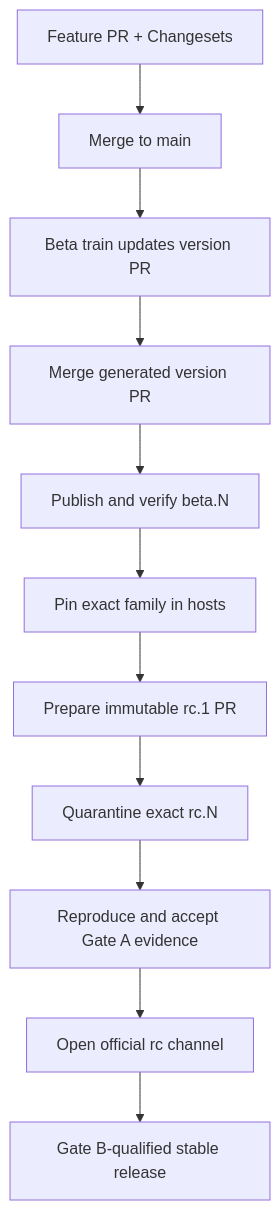
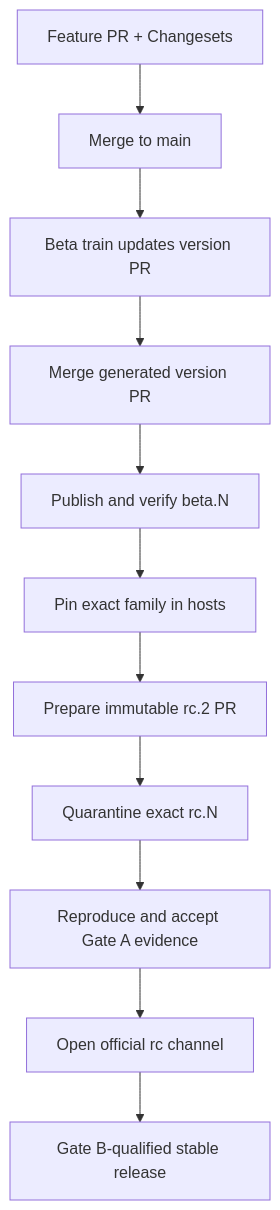
The diagram in CONTRIBUTING.md (kumwe/studio), drawn with Mermaid before and after one commit. The commit also changed other lines of this file and 17 other files, not shown here.

````diff
--- a/CONTRIBUTING.md
+++ b/CONTRIBUTING.md
@@ -110,13 +111,13 @@
 ```mermaid
 flowchart TD
     A["Feature PR + Changesets"] --> B["Merge to main"]
     B --> C["Beta train updates version PR"]
     C --> D["Merge generated version PR"]
     D --> E["Publish and verify beta.N"]
     E --> F["Pin exact family in hosts"]
-    F --> G["Prepare immutable rc.1 PR"]
+    F --> G["Prepare immutable rc.2 PR"]
     G --> H["Quarantine exact rc.N"]
     H --> I["Reproduce and accept Gate A evidence"]
     I --> J["Open official rc channel"]
     J --> K["Gate B-qualified stable release"]
 ```
````
